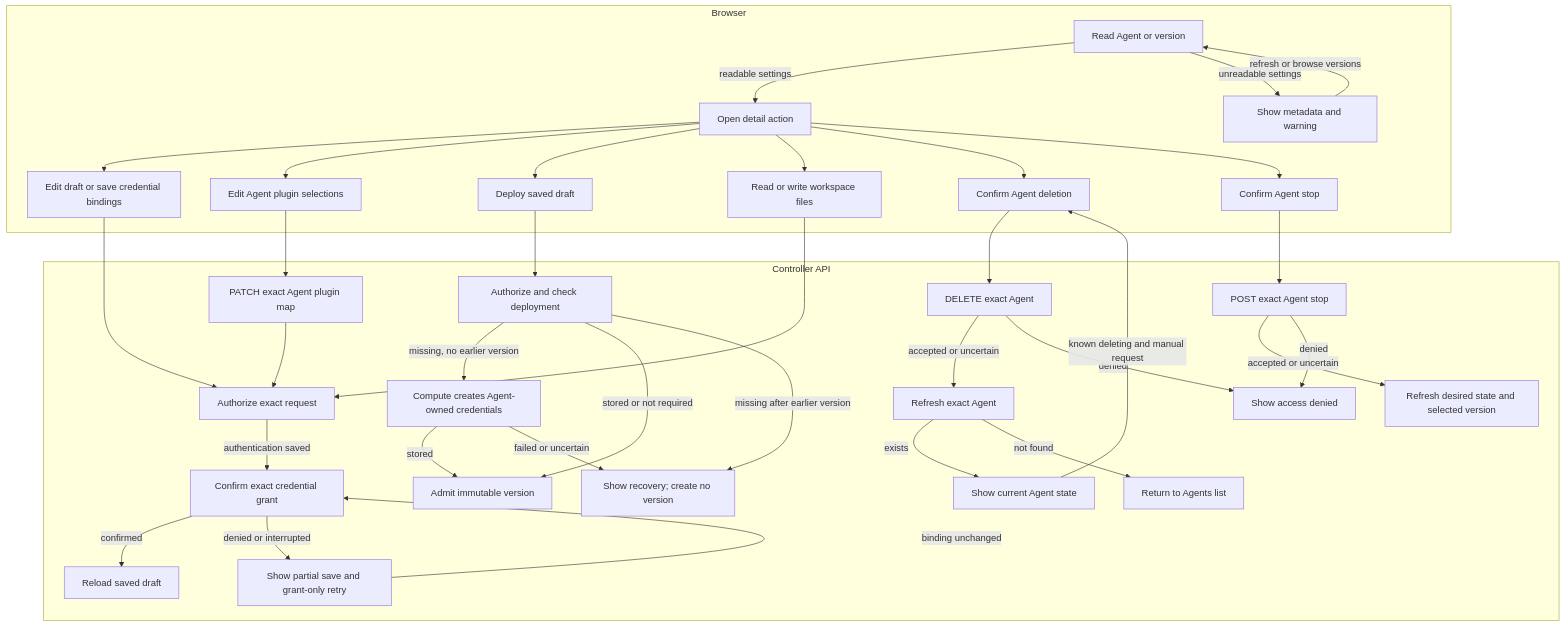
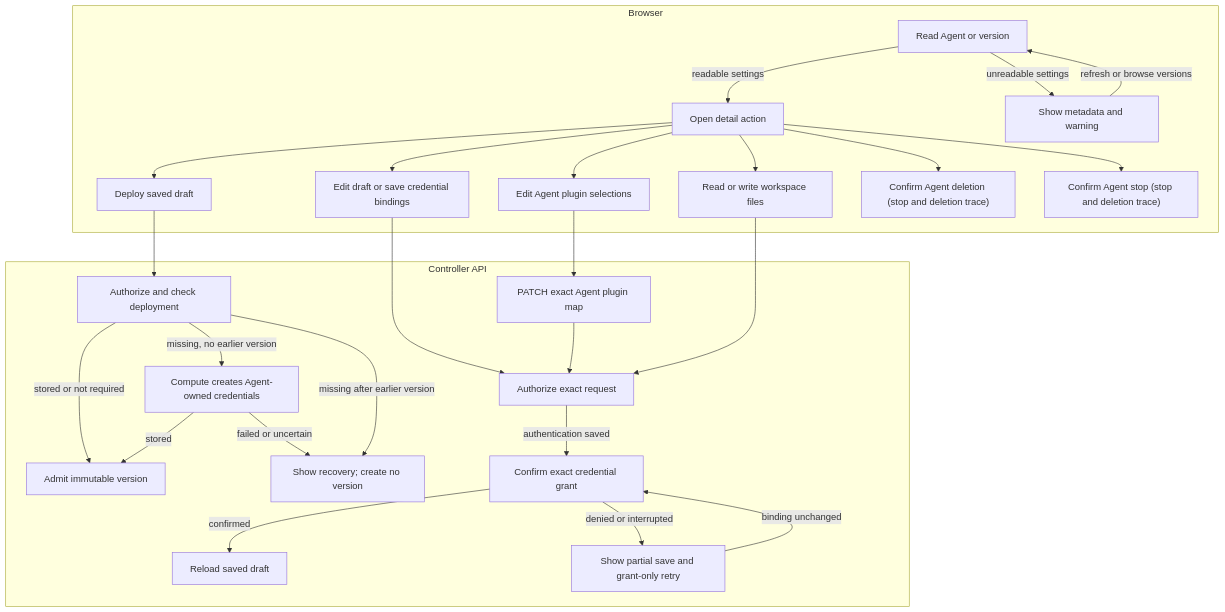
One commit to PalmPalm7/openclaw-enterprise changed the diagram in docs/flows/platform-console/agent-editing.md. Above: the diagram before and after it, drawn with Mermaid. The commit also changed other lines of this file and 14 other files, not shown here.

First line of the commit message:
docs(console): split near-cap console reference and flow pages (#3013)

````diff
--- a/docs/flows/platform-console/agent-editing.md
+++ b/docs/flows/platform-console/agent-editing.md
@@ -23,39 +24,30 @@
 ```mermaid
 graph TD
   subgraph Browser["Browser"]
     A["Read Agent or version"] -->|readable settings| B["Open detail action"]
     A -->|unreadable settings| AE["Show metadata and warning"]
     AE -->|refresh or browse versions| A
     B --> C["Edit draft or save credential bindings"]
     B --> P["Edit Agent plugin selections"]
     B --> Q["Deploy saved draft"]
     B --> D["Read or write workspace files"]
-    B --> E["Confirm Agent deletion"]
-    B --> S["Confirm Agent stop"]
+    B --> E["Confirm Agent deletion (stop and deletion trace)"]
+    B --> S["Confirm Agent stop (stop and deletion trace)"]
   end
   subgraph API["Controller API"]
     C --> F["Authorize exact request"]
     P --> PA["PATCH exact Agent plugin map"]
     PA --> F
     Q --> Y["Authorize and check deployment"]
     Y -->|missing, no earlier version| Z["Compute creates Agent-owned credentials"]
     Y -->|stored or not required| R["Admit immutable version"]
     Z -->|stored| R
     Z -->|failed or uncertain| N["Show recovery; create no version"]
     Y -->|missing after earlier version| N
     F -->|authentication saved| V["Confirm exact credential grant"]
     V -->|confirmed| W["Reload saved draft"]
     V -->|denied or interrupted| X["Show partial save and grant-only retry"]
     X -->|binding unchanged| V
     D --> F
-    E --> G["DELETE exact Agent"]
-    S --> T["POST exact Agent stop"]
-    T -->|accepted or uncertain| U["Refresh desired state and selected version"]
-    T -->|denied| I
-    G -->|accepted or uncertain| H["Refresh exact Agent"]
-    G -->|denied| I["Show access denied"]
-    H -->|exists| J["Show current Agent state"]
-    J -->|known deleting and manual request| E
-    H -->|not found| K["Return to Agents list"]
   end
 ```
````
